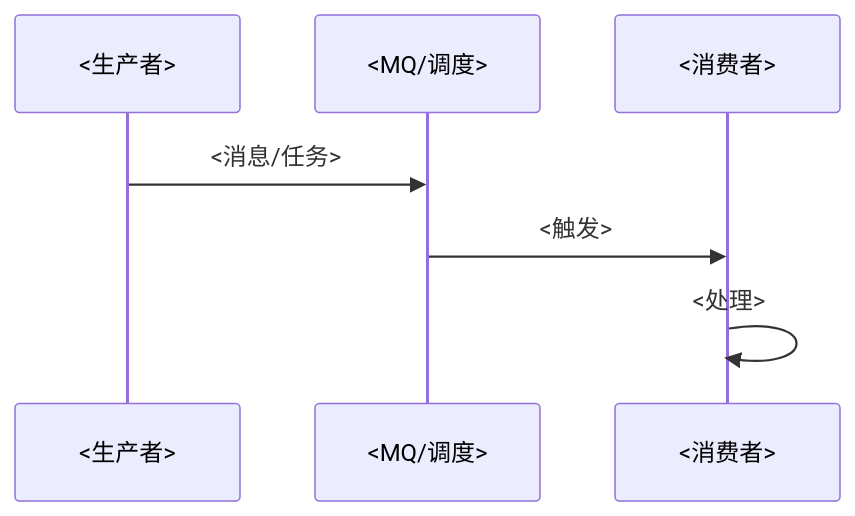
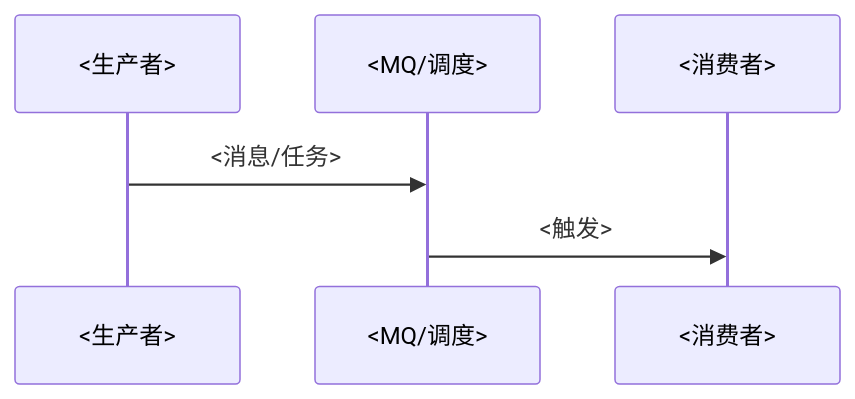
One commit to guanwenbo/pi-workflow changed the third of 9 diagrams in docs/templates/03-design.md. Above: the diagram before and after it, drawn with Mermaid. The commit also changed other lines of this file and 6 other files, not shown here.

````diff
--- a/docs/templates/03-design.md
+++ b/docs/templates/03-design.md
@@ -65,9 +48,8 @@
 ```mermaid
 sequenceDiagram
   participant P as <生产者>
   participant M as <MQ/调度>
   participant C as <消费者>
   P->>M: <消息/任务>
   M->>C: <触发>
-  C->>C: <处理>
 ```
````
